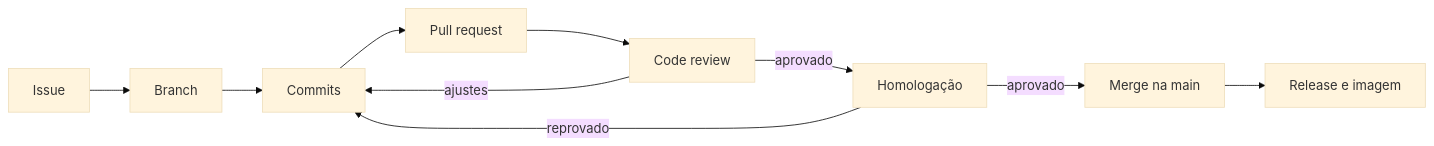
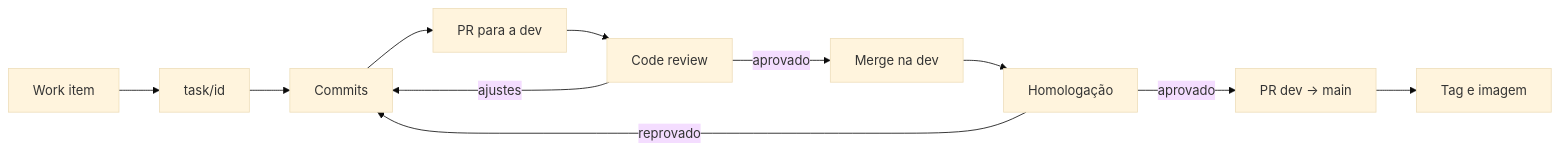
The diagram in docs/fundamentos.md (gabrielaalves-selbetti/azuredevops-projects-mdm), drawn with Mermaid (base theme) before and after one commit. The commit also changed other lines of this file and 46 other files, not shown here.

````diff
--- a/docs/fundamentos.md
+++ b/docs/fundamentos.md
@@ -74,10 +78,11 @@
 ```mermaid
 flowchart LR
-    I[Issue] --> B[Branch] --> C[Commits] --> PR[Pull request]
+    I[Work item] --> B["task/id"] --> C[Commits] --> PR[PR para a dev]
     PR --> R[Code review]
     R -->|ajustes| C
-    R -->|aprovado| H[Homologação]
+    R -->|aprovado| D[Merge na dev]
+    D --> H[Homologação]
     H -->|reprovado| C
-    H -->|aprovado| M[Merge na main]
-    M --> V[Release e imagem]
+    H -->|aprovado| M[PR dev → main]
+    M --> V[Tag e imagem]
 ```
````
